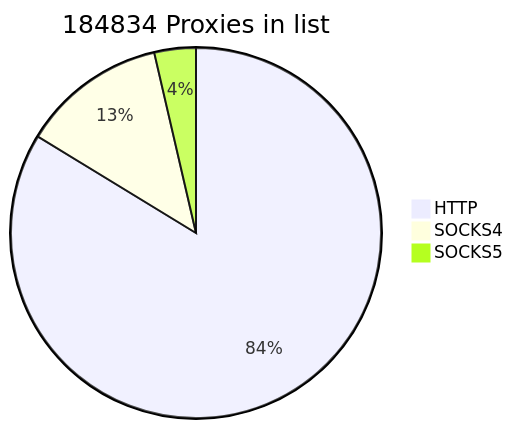
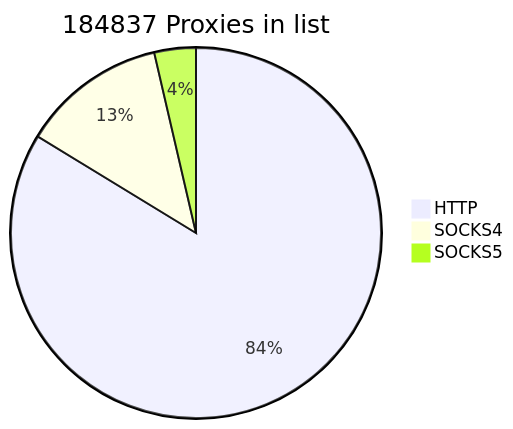
Before and after one commit to cutipu/proxylist: the first of 2 diagrams in README.md, drawn with Mermaid. The commit also changed other lines of this file, not shown here.

````diff
--- a/README.md
+++ b/README.md
@@ -2,7 +2,7 @@
 ```mermaid
-pie title 184834 Proxies in list
+pie title 184837 Proxies in list
     "HTTP" : 154737
     "SOCKS4" : 23398
-    "SOCKS5" : 6699
+    "SOCKS5" : 6702
             
 ```
````
